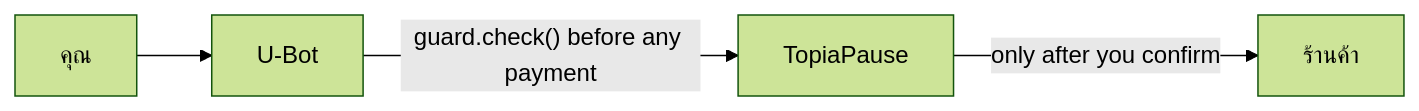
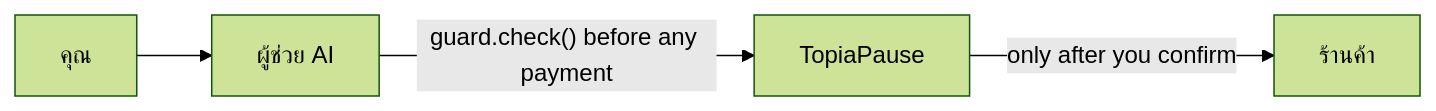
One commit to WellGr8/TopiaPause changed the diagram in docs/UBOT-INTEGRATION.md. Above: the diagram before and after it, drawn with Mermaid (forest theme). The commit also changed other lines of this file and 34 other files, not shown here.

````diff
--- a/docs/UBOT-INTEGRATION.md
+++ b/docs/UBOT-INTEGRATION.md
@@ -9,6 +9,6 @@
 ```mermaid
 flowchart LR
-  User["คุณ"] --> UBot["U-Bot"]
-  UBot -->|"guard.check() before any payment"| TP["TopiaPause"]
+  User["คุณ"] --> Assistant["ผู้ช่วย AI"]
+  Assistant -->|"guard.check() before any payment"| TP["TopiaPause"]
   TP -->|"only after you confirm"| Shop["ร้านค้า"]
 ```
````
